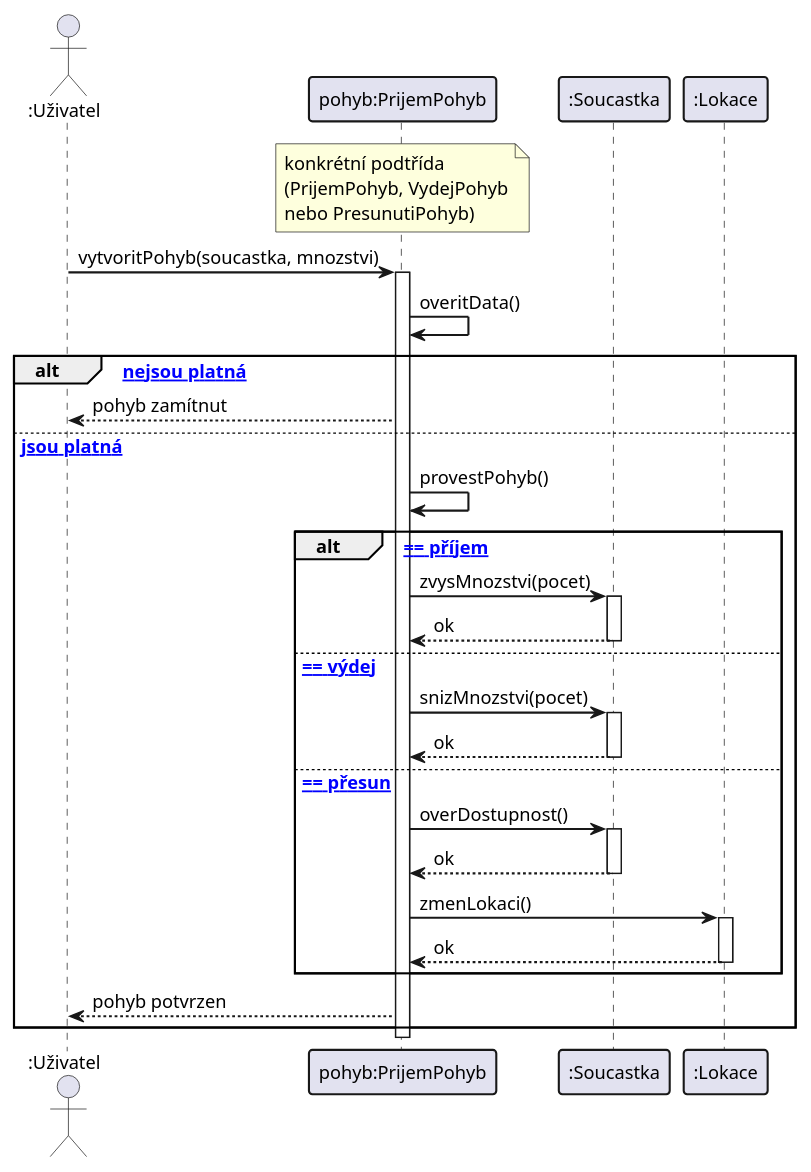
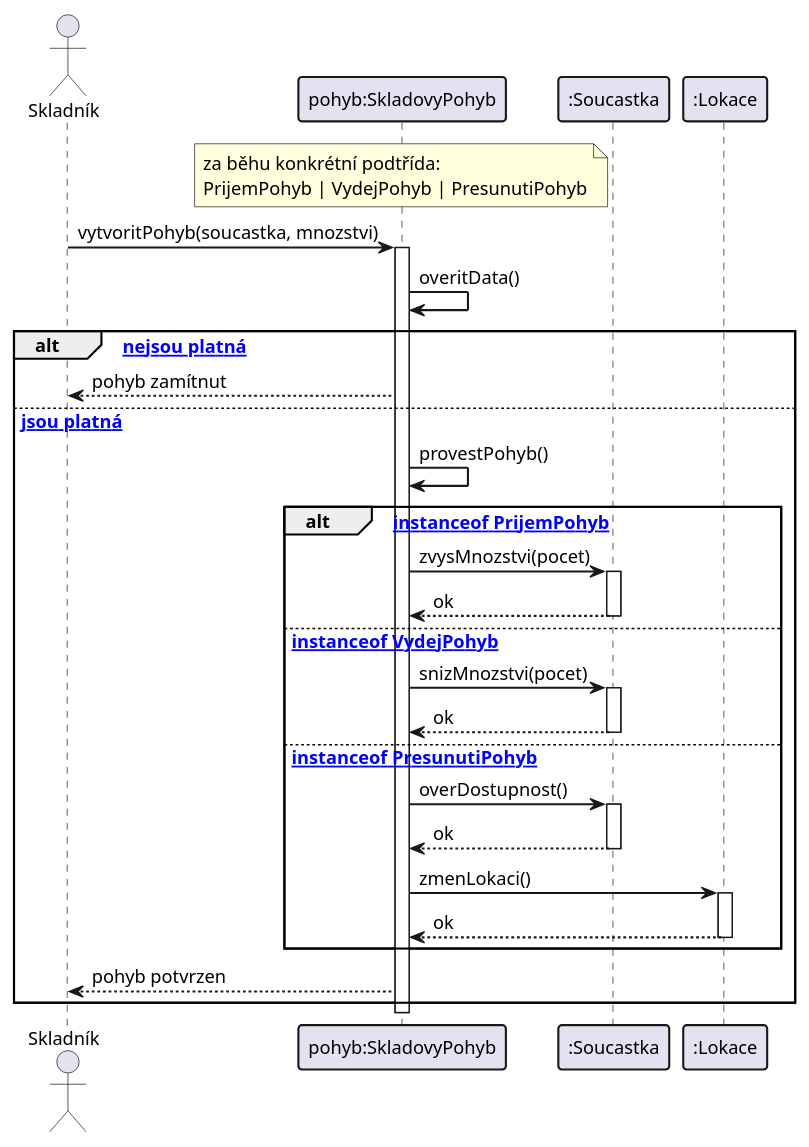
One commit to lkvapil/kOdevzdaniProjektWMS changed the diagram in diagrams/13_sequence_pohyb.puml. Above: the diagram before and after it, drawn with PlantUML. The commit also changed 4 other files, not shown here.

Commit message:
fix: oprav sekvenční diagramy – aktér, participanti, guardy

```diff
--- a/diagrams/13_sequence_pohyb.puml
+++ b/diagrams/13_sequence_pohyb.puml
@@ -1,52 +1,52 @@
 @startuml
 skinparam defaultFontSize 13
 skinparam sequenceArrowThickness 1.5
 skinparam sequenceParticipantBorderThickness 1.5
 skinparam sequenceGroupBorderThickness 1.5
 
-actor ":Uživatel" as Uzivatel
-participant "pohyb:PrijemPohyb" as Pohyb
-note over Pohyb : konkrétní podtřída\n(PrijemPohyb, VydejPohyb\nnebo PresunutiPohyb)
+actor "Skladník" as Uzivatel
+participant "pohyb:SkladovyPohyb" as Pohyb
+note over Pohyb : za běhu konkrétní podtřída:\nPrijemPohyb | VydejPohyb | PresunutiPohyb
 participant ":Soucastka" as Soucastka
 participant ":Lokace" as Lokace
 
 Uzivatel -> Pohyb : vytvoritPohyb(soucastka, mnozstvi)
 activate Pohyb
 
 Pohyb -> Pohyb : overitData()
 
 alt [data nejsou platná]
     Pohyb --> Uzivatel : pohyb zamítnut
 
 else [data jsou platná]
     Pohyb -> Pohyb : provestPohyb()
 
-    alt [typ == příjem]
+    alt [pohyb instanceof PrijemPohyb]
         Pohyb -> Soucastka : zvysMnozstvi(pocet)
         activate Soucastka
         Soucastka --> Pohyb : ok
         deactivate Soucastka
 
-    else [typ == výdej]
+    else [pohyb instanceof VydejPohyb]
         Pohyb -> Soucastka : snizMnozstvi(pocet)
         activate Soucastka
         Soucastka --> Pohyb : ok
         deactivate Soucastka
 
-    else [typ == přesun]
+    else [pohyb instanceof PresunutiPohyb]
         Pohyb -> Soucastka : overDostupnost()
         activate Soucastka
         Soucastka --> Pohyb : ok
         deactivate Soucastka
         Pohyb -> Lokace : zmenLokaci()
         activate Lokace
         Lokace --> Pohyb : ok
         deactivate Lokace
     end
 
     Pohyb --> Uzivatel : pohyb potvrzen
 end
 
 deactivate Pohyb
 
 @enduml
```
